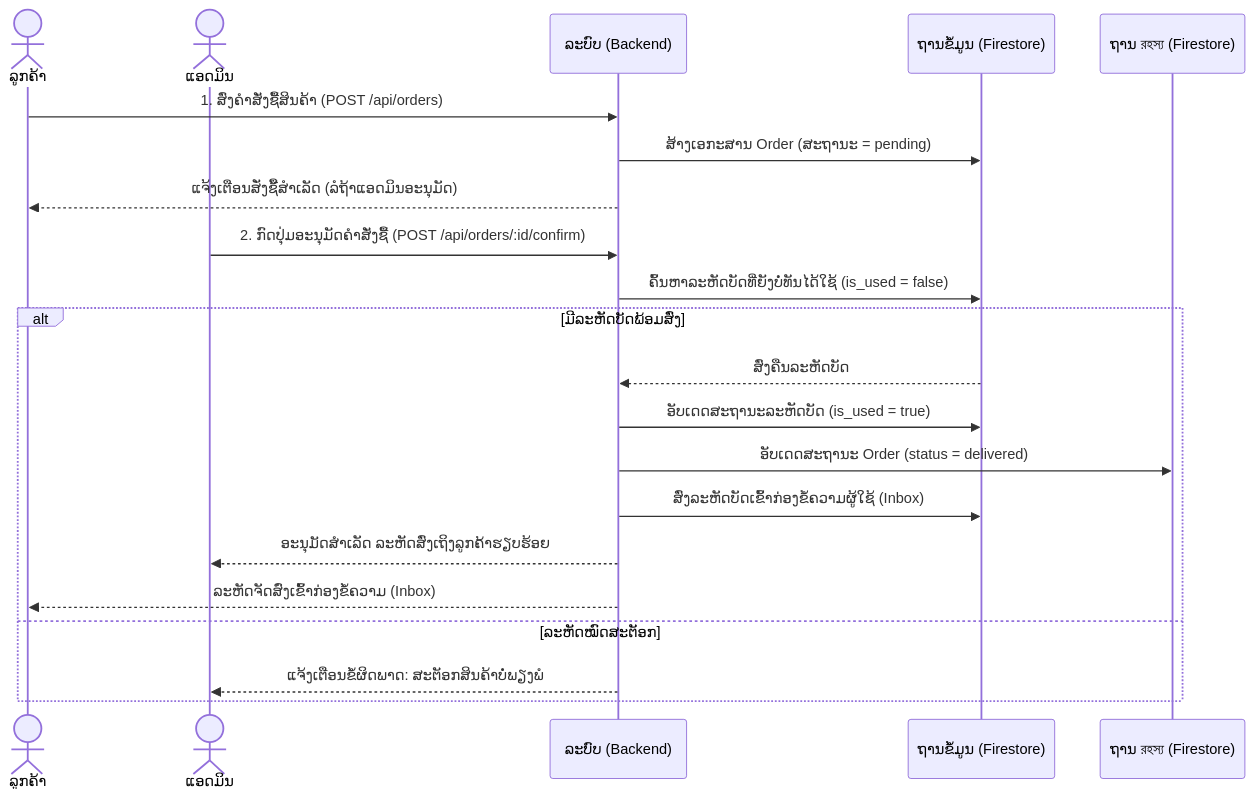
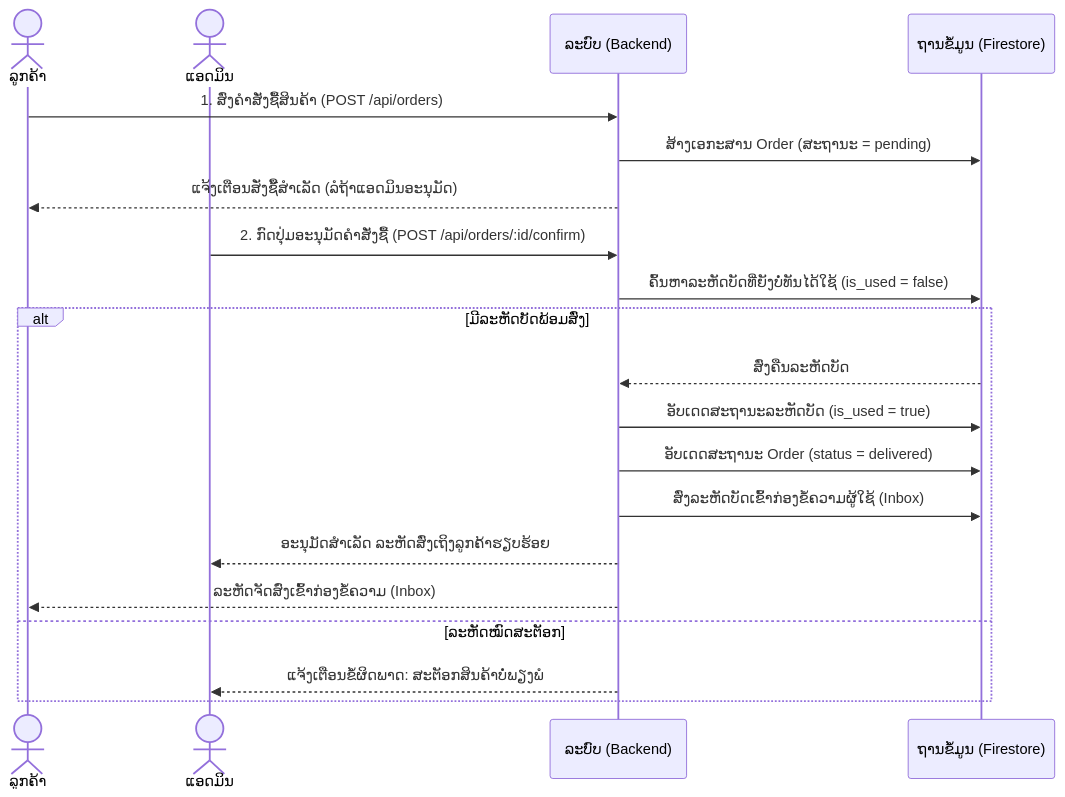
Before and after one commit to ling-gwdgw2/dit-shop: the second of 2 diagrams in ARCHITECTURE.md, drawn with Mermaid.

Commit message:
Fix database label typo in Lao in architecture document

````diff
--- a/ARCHITECTURE.md
+++ b/ARCHITECTURE.md
@@ -133,24 +133,24 @@
 ```mermaid
 sequenceDiagram
     actor ລູກຄ້າ
     actor ແອດມິນ
     participant ລະບົບ (Backend)
     participant ຖານຂໍ້ມູນ (Firestore)
 
     ລູກຄ້າ->>ລະບົບ (Backend): 1. ສົ່ງຄຳສັ່ງຊື້ສິນຄ້າ (POST /api/orders)
     ລະບົບ (Backend)->>ຖານຂໍ້ມູນ (Firestore): ສ້າງເອກະສານ Order (ສະຖານະ = pending)
     ລະບົບ (Backend)-->>ລູກຄ້າ: ແຈ້ງເຕືອນສັ່ງຊື້ສຳເລັດ (ລໍຖ້າແອດມິນອະນຸມັດ)
 
     ແອດມິນ->>ລະບົບ (Backend): 2. ກົດປຸ່ມອະນຸມັດຄຳສັ່ງຊື້ (POST /api/orders/:id/confirm)
     ລະບົບ (Backend)->>ຖານຂໍ້ມູນ (Firestore): ຄົ້ນຫາລະຫັດບັດທີ່ຍັງບໍ່ທັນໄດ້ໃຊ້ (is_used = false)
     alt ມີລະຫັດບັດພ້ອມສົ່ງ
         ຖານຂໍ້ມູນ (Firestore)-->>ລະບົບ (Backend): ສົ່ງຄືນລະຫັດບັດ
         ລະບົບ (Backend)->>ຖານຂໍ້ມູນ (Firestore): ອັບເດດສະຖານະລະຫັດບັດ (is_used = true)
-        ລະບົບ (Backend)->>ຖານ রহস্য (Firestore): ອັບເດດສະຖານະ Order (status = delivered)
+        ລະບົບ (Backend)->>ຖານຂໍ້ມູນ (Firestore): ອັບເດດສະຖານະ Order (status = delivered)
         ລະບົບ (Backend)->>ຖານຂໍ້ມູນ (Firestore): ສົ່ງລະຫັດບັດເຂົ້າກ່ອງຂໍ້ຄວາມຜູ້ໃຊ້ (Inbox)
         ລະບົບ (Backend)-->>ແອດມິນ: ອະນຸມັດສຳເລັດ ລະຫັດສົ່ງເຖິງລູກຄ້າຮຽບຮ້ອຍ
         ລະບົບ (Backend)-->>ລູກຄ້າ: ລະຫັດຈັດສົ່ງເຂົ້າກ່ອງຂໍ້ຄວາມ (Inbox)
     else ລະຫັດໝົດສະຕັອກ
         ລະບົບ (Backend)-->>ແອດມິນ: ແຈ້ງເຕືອນຂໍ້ຜິດພາດ: ສະຕັອກສິນຄ້າບໍ່ພຽງພໍ
     end
 ```
````
